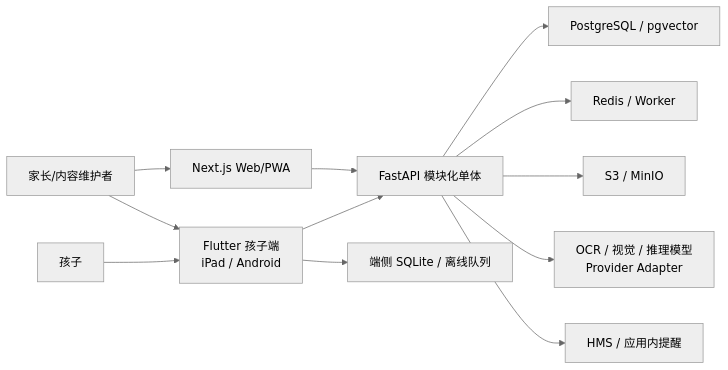
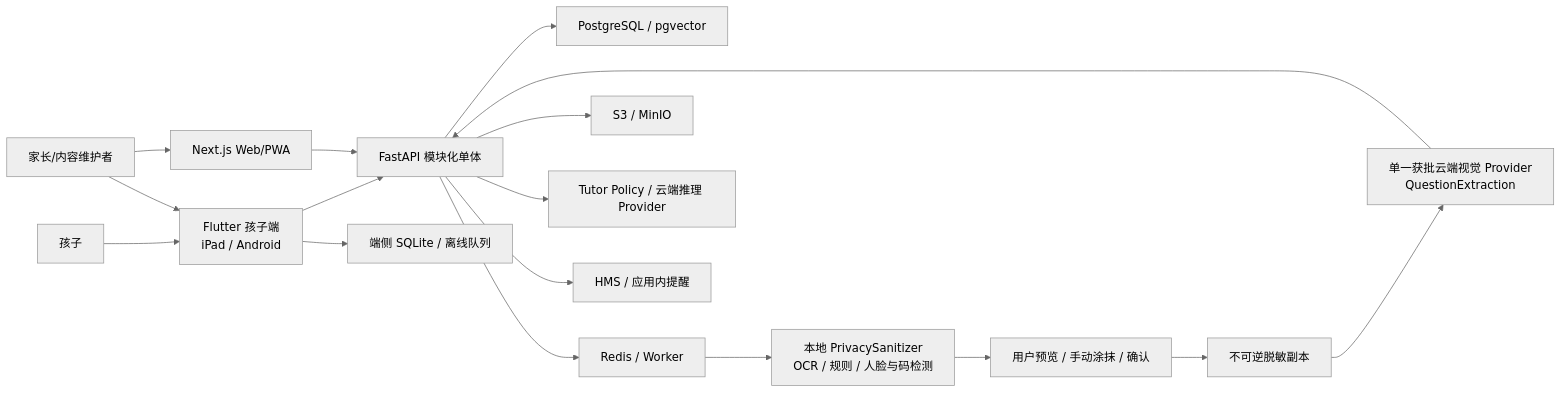
Before and after one commit to yubinhong/AIStudy: the first of 2 diagrams in ARCHITECTURE.md, drawn with Mermaid (neutral theme). The commit also changed other lines of this file and 125 other files, not shown here.

````diff
--- a/ARCHITECTURE.md
+++ b/ARCHITECTURE.md
@@ -22,14 +26,19 @@
 ```mermaid
 flowchart LR
     C["孩子"] --> CA["Flutter 孩子端\niPad / Android"]
     P["家长/内容维护者"] --> W["Next.js Web/PWA"]
     P --> CA
     CA --> API["FastAPI 模块化单体"]
     W --> API
     API --> DB["PostgreSQL / pgvector"]
     API --> R["Redis / Worker"]
     API --> O["S3 / MinIO"]
-    API --> AI["OCR / 视觉 / 推理模型\nProvider Adapter"]
+    R --> PS["本地 PrivacySanitizer\nOCR / 规则 / 人脸与码检测"]
+    PS --> UC["用户预览 / 手动涂抹 / 确认"]
+    UC --> SD["不可逆脱敏副本"]
+    SD --> CV["单一获批云端视觉 Provider\nQuestionExtraction"]
+    CV --> API
+    API --> T["Tutor Policy / 云端推理 Provider"]
     API --> N["HMS / 应用内提醒"]
     CA --> SQ["端侧 SQLite / 离线队列"]
 ```
````
